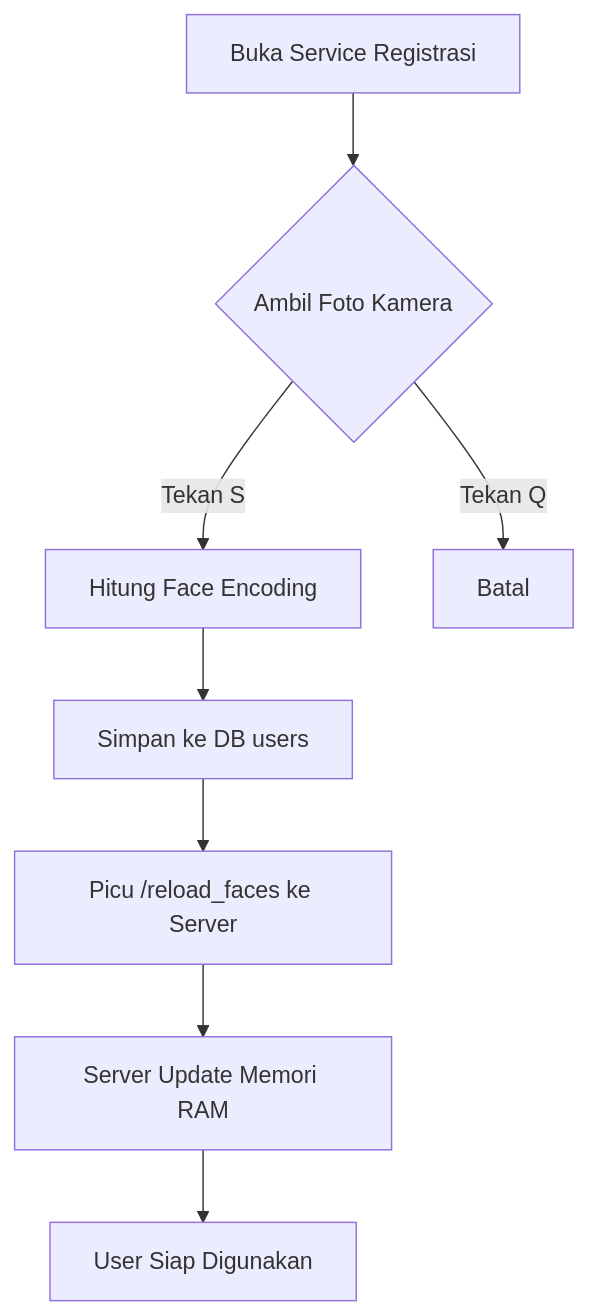
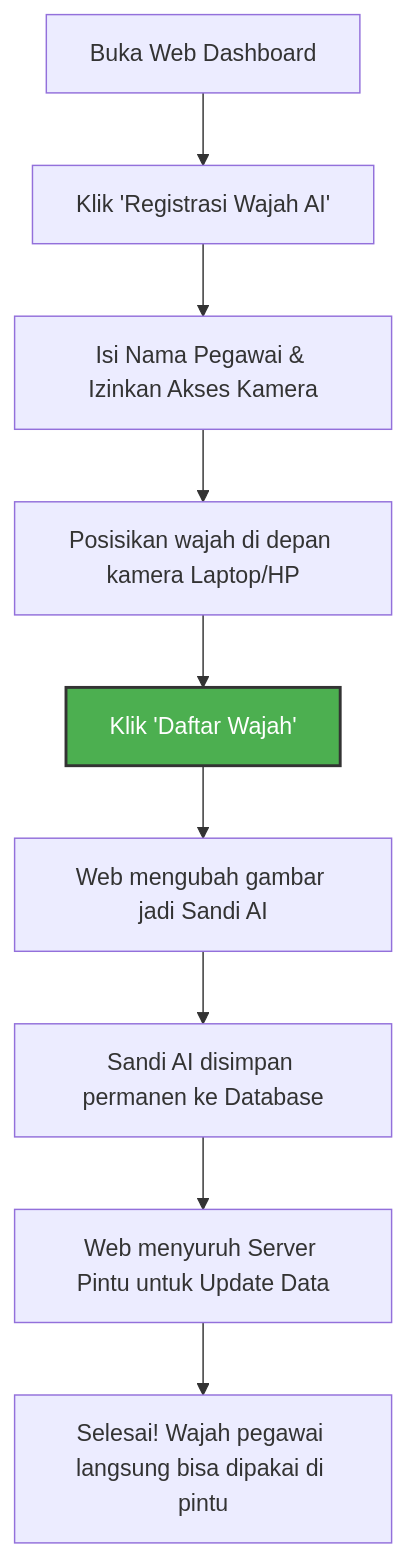
Before and after one commit to IAMYANTO/web-skripsi: the second of 3 diagrams in README.md, drawn with Mermaid. The commit also changed other lines of this file, not shown here.

Commit message:
docs: update readme with simple flowcharts and latest architecture

````diff
--- a/README.md
+++ b/README.md
@@ -79,10 +67,13 @@
 ```mermaid
 graph TD
-    A[Buka Service Registrasi] --> B{Ambil Foto Kamera}
-    B -->|Tekan S| C[Hitung Face Encoding]
-    B -->|Tekan Q| D[Batal]
-    C --> E[Simpan ke DB users]
-    E --> F[Picu /reload_faces ke Server]
-    F --> G[Server Update Memori RAM]
-    G --> H[User Siap Digunakan]
+    A[Buka Web Dashboard] --> B[Klik 'Registrasi Wajah AI']
+    B --> C[Isi Nama Pegawai & Izinkan Akses Kamera]
+    C --> D[Posisikan wajah di depan kamera Laptop/HP]
+    D --> E[Klik 'Daftar Wajah']
+    E --> F[Web mengubah gambar jadi Sandi AI]
+    F --> G[Sandi AI disimpan permanen ke Database]
+    G --> H[Web menyuruh Server Pintu untuk Update Data]
+    H --> I[Selesai! Wajah pegawai langsung bisa dipakai di pintu]
+    
+    style E fill:#4caf50,stroke:#333,stroke-width:2px,color:#fff
 ```
````
